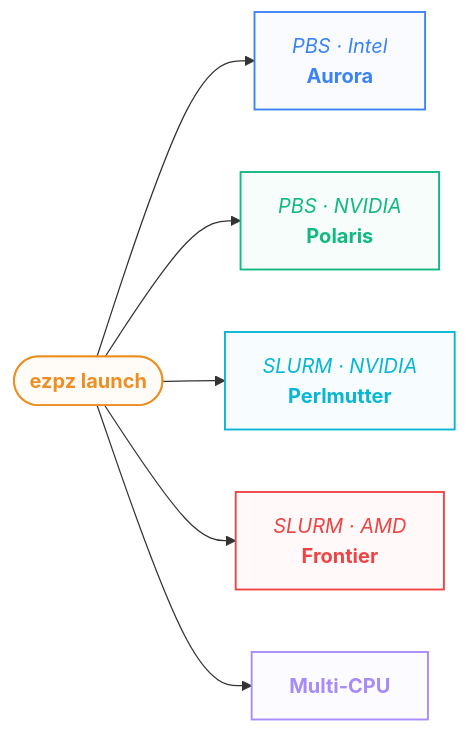
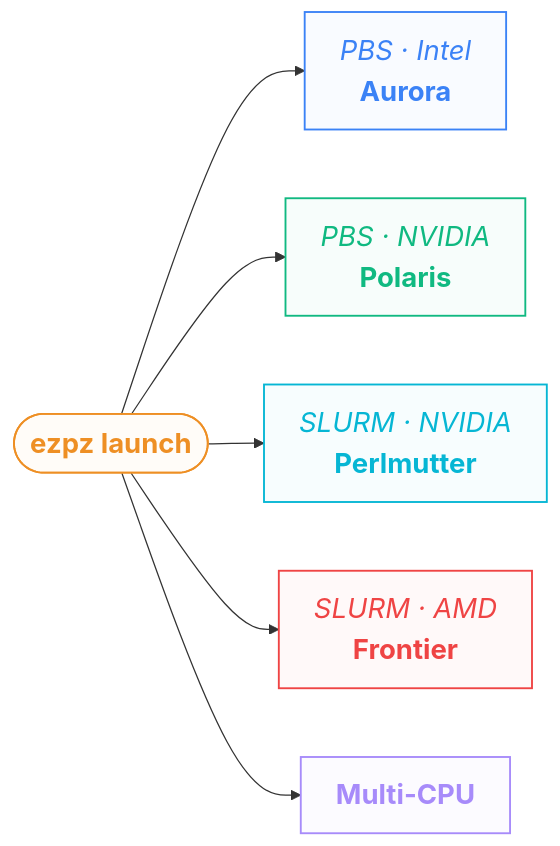
Before and after one commit to saforem2/sam.onl: the eighth of 11 diagrams in web/src/pages/talks/2026/08/03/index.mdx, drawn with Mermaid. The commit also changed other lines of this file and 3 other files, not shown here.

Commit message:
talk(atpesc-2026): stack optimizer-comparison panels vertically for a bigger chart

````diff
--- a/web/src/pages/talks/2026/08/03/index.mdx
+++ b/web/src/pages/talks/2026/08/03/index.mdx
@@ -894,22 +894,23 @@
 ```mermaid
+%%{init: {'themeVariables': {'fontSize': '22px'}, 'flowchart': {'nodeSpacing': 55, 'rankSpacing': 45, 'padding': 14}}}%%
 flowchart LR
     EZ(["<span style='font-weight:700'>ezpz launch</span>"])
     EZ --> AURORA["<i>PBS · Intel</i><br/><span style='font-weight:700'>Aurora</span>"]
     EZ --> POLARIS["<i>PBS · NVIDIA</i><br/><span style='font-weight:700'>Polaris</span>"]
     EZ --> PM["<i>SLURM · NVIDIA</i><br/><span style='font-weight:700'>Perlmutter</span>"]
     EZ --> FRONTIER["<i>SLURM · AMD</i><br/><span style='font-weight:700'>Frontier</span>"]
     EZ --> MAC["<span style='font-weight:700'>Multi-CPU</span>"]
 
     classDef hub        fill:#ee8f2408,stroke:#ee8f24,color:#ee8f24,stroke-width:1.5px
     classDef aurora     fill:#3b82f608,stroke:#3b82f6,color:#3b82f6,stroke-width:1.5px
     classDef polaris    fill:#10b98108,stroke:#10b981,color:#10b981,stroke-width:1.5px
     classDef perlmutter fill:#06b6d408,stroke:#06b6d4,color:#06b6d4,stroke-width:1.5px
     classDef frontier   fill:#ef444408,stroke:#ef4444,color:#ef4444,stroke-width:1.5px
     classDef mac        fill:#a78bfa08,stroke:#a78bfa,color:#a78bfa,stroke-width:1.5px
     class EZ hub
     class AURORA aurora
     class POLARIS polaris
     class PM perlmutter
     class FRONTIER frontier
     class MAC mac
 ```
````
